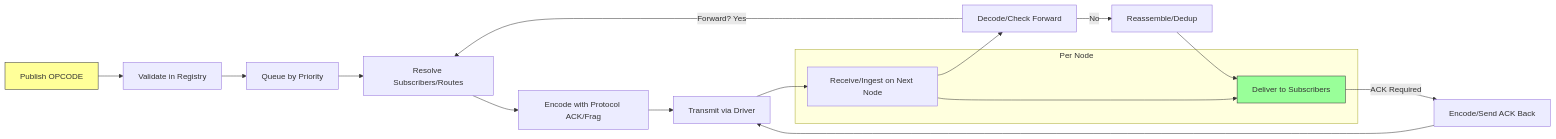
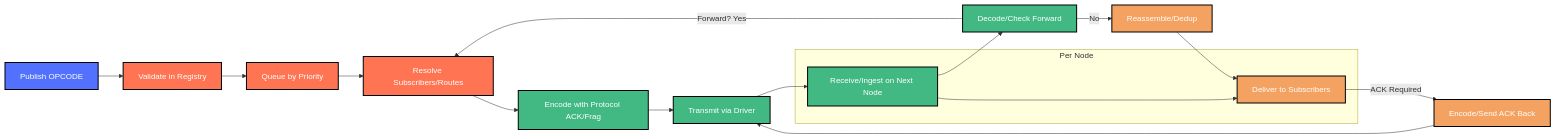
One commit to maxim-pain/opcode-messaging-system changed the fourth of 6 diagrams in docs/1-opcode-messaging-system.md. Above: the diagram before and after it, drawn with Mermaid. The commit also changed other lines of this file, not shown here.

````diff
--- a/docs/1-opcode-messaging-system.md
+++ b/docs/1-opcode-messaging-system.md
@@ -283,25 +328,43 @@
 ```mermaid
 flowchart LR
+
+%% Using high-contrast colors that work well on both dark and light backgrounds
+classDef client fill:#5271ff,stroke:#000000,stroke-width:2px,color:#ffffff
+classDef server fill:#ff7452,stroke:#000000,stroke-width:2px,color:#ffffff
+classDef library fill:#42b983,stroke:#000000,stroke-width:2px,color:#ffffff
+classDef tools fill:#f4a261,stroke:#000000,stroke-width:2px,color:#ffffff
+classDef test fill:#8338ec,stroke:#000000,stroke-width:2px,color:#ffffff
+classDef build fill:#8338ec,stroke:#000000,stroke-width:2px,color:#ffffff
+classDef data fill:#42b983,stroke:#000000,stroke-width:2px,color:#ffffff
+classDef engine fill:#5271ff,stroke:#000000,stroke-width:2px,color:#ffffff
+classDef external fill:#ff7452,stroke:#000000,stroke-width:2px,color:#ffffff
+
     A["Publish OPCODE"] --> B["Validate in Registry"]
     B --> C["Queue by Priority"]
     C --> D["Resolve Subscribers/Routes"]
     D --> E["Encode with Protocol ACK/Frag"]
     E --> F["Transmit via Driver"]
     F --> G["Receive/Ingest on Next Node"]
     G --> H["Decode/Check Forward"]
     H -->|"Forward? Yes"| D
     H -->|"No"| I["Reassemble/Dedup"]
     I --> J["Deliver to Subscribers"]
     J -->|"ACK Required"| K["Encode/Send ACK Back"]
     K --> F
 
     subgraph PerNode["Per Node"]
         G --> J
     end
 
-    classDef startStyle fill:#ff9,stroke:#333
-    classDef endStyle fill:#9f9,stroke:#333
-
-    class A startStyle
-    class J endStyle
+    class A client
+    class B server
+    class C server
+    class D server
+    class E library
+    class F library
+    class G library
+    class H library
+    class I tools
+    class J tools
+    class K tools
 ```
````
